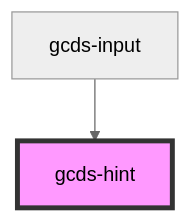
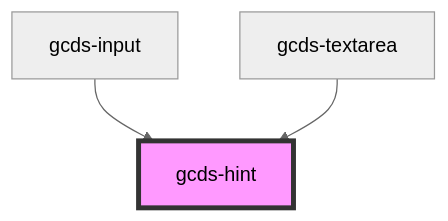
The diagram in src/components/gcds-hint/readme.md (cds-snc/gcds-components), drawn with Mermaid (neutral theme) before and after one commit. The commit also changed other lines of this file and 8 other files, not shown here.

````diff
--- a/src/components/gcds-hint/readme.md
+++ b/src/components/gcds-hint/readme.md
@@ -23,5 +24,6 @@
 ```mermaid
 graph TD;
   gcds-input --> gcds-hint
+  gcds-textarea --> gcds-hint
   style gcds-hint fill:#f9f,stroke:#333,stroke-width:4px
 ```
````
